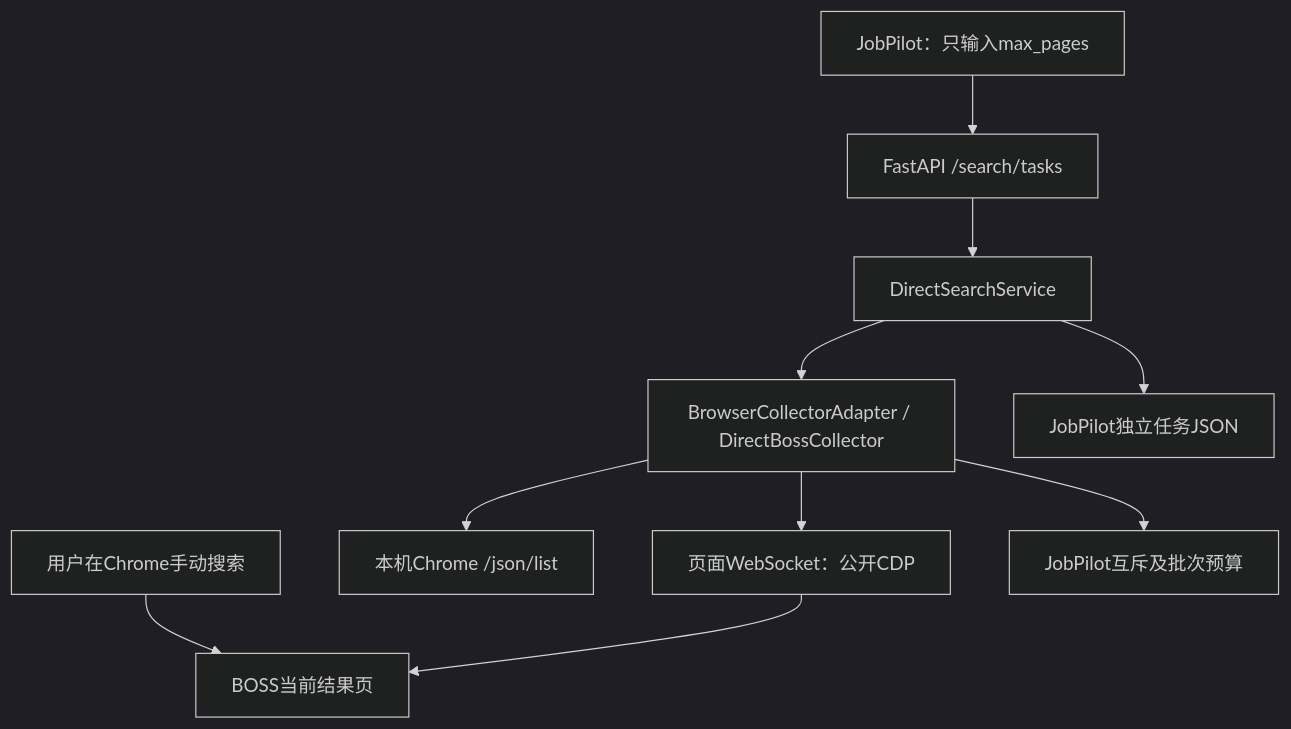
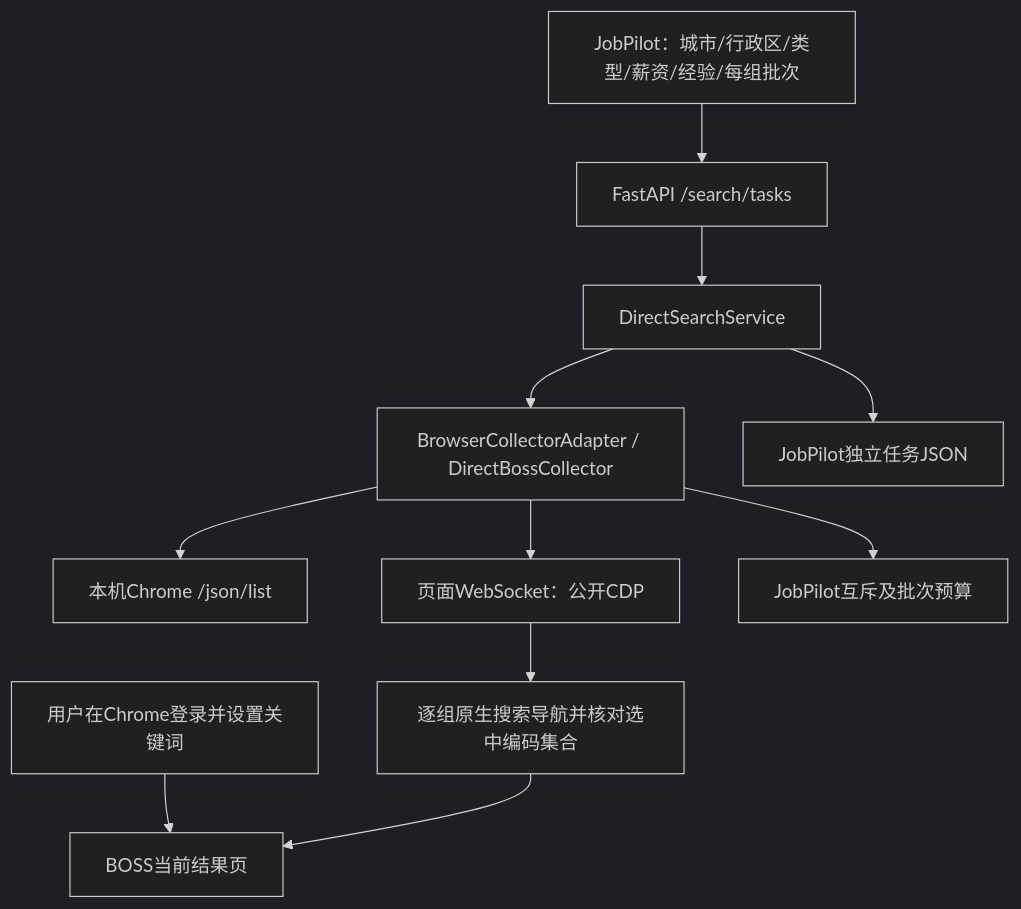
Before and after one commit to syl07061/JobPilot: the diagram in docs/architecture.md, drawn with Mermaid (dark theme). The commit also changed other lines of this file and 27 other files, not shown here.

````diff
--- a/docs/architecture.md
+++ b/docs/architecture.md
@@ -7,12 +7,13 @@
 ```mermaid
 flowchart TD
-    User[用户在Chrome手动搜索] --> Page[BOSS当前结果页]
-    UI[JobPilot：只输入max_pages] --> API[FastAPI /search/tasks]
+    User[用户在Chrome登录并设置关键词] --> Page[BOSS当前结果页]
+    UI[JobPilot：城市/行政区/类型/薪资/经验/每组批次] --> API[FastAPI /search/tasks]
     API --> Service[DirectSearchService]
     Service --> Collector[BrowserCollectorAdapter / DirectBossCollector]
     Collector --> Discovery[本机Chrome /json/list]
     Collector --> Socket[页面WebSocket：公开CDP]
-    Socket --> Page
+    Socket --> Apply[逐组原生搜索导航并核对选中编码集合]
+    Apply --> Page
     Service --> Files[JobPilot独立任务JSON]
     Collector --> Safety[JobPilot互斥及批次预算]
 ```
````
